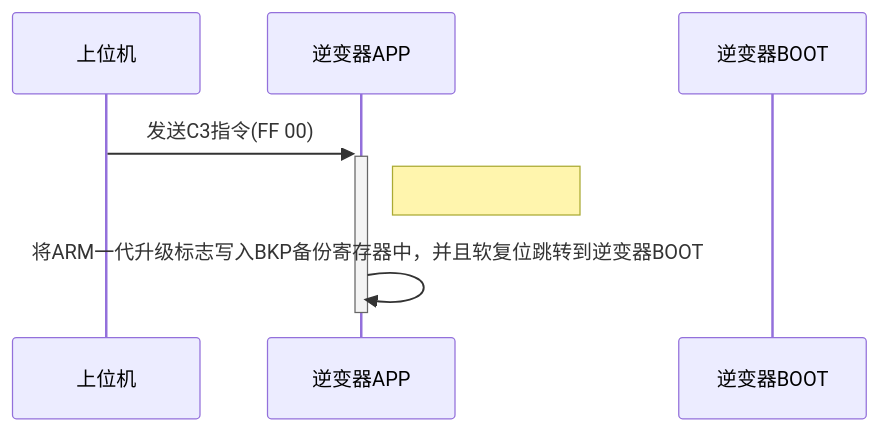
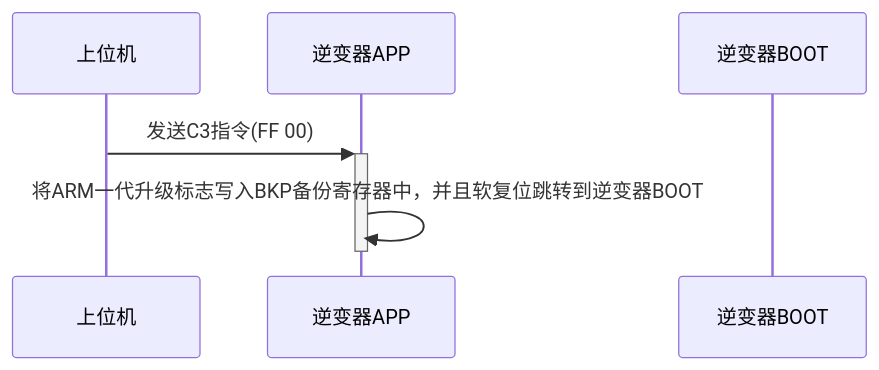
The diagram in all/未命名-2.md (2078142847/iodraw-files), drawn with Mermaid before and after one commit.

Commit message:
2024-05-30 14:38:23 update

````diff
--- a/all/未命名-2.md
+++ b/all/未命名-2.md
@@ -1,12 +1,11 @@
 ```mermaid
 sequenceDiagram
     participant A as 上位机
     participant B as 逆变器APP
     participant C as 逆变器BOOT
     
     A->>+B: 发送C3指令(FF 00)
-    Note right of B: 
     B->>-B: 将ARM一代升级标志写入BKP备份寄存器中，并且软复位跳转到逆变器BOOT
 
     
 ```
````
